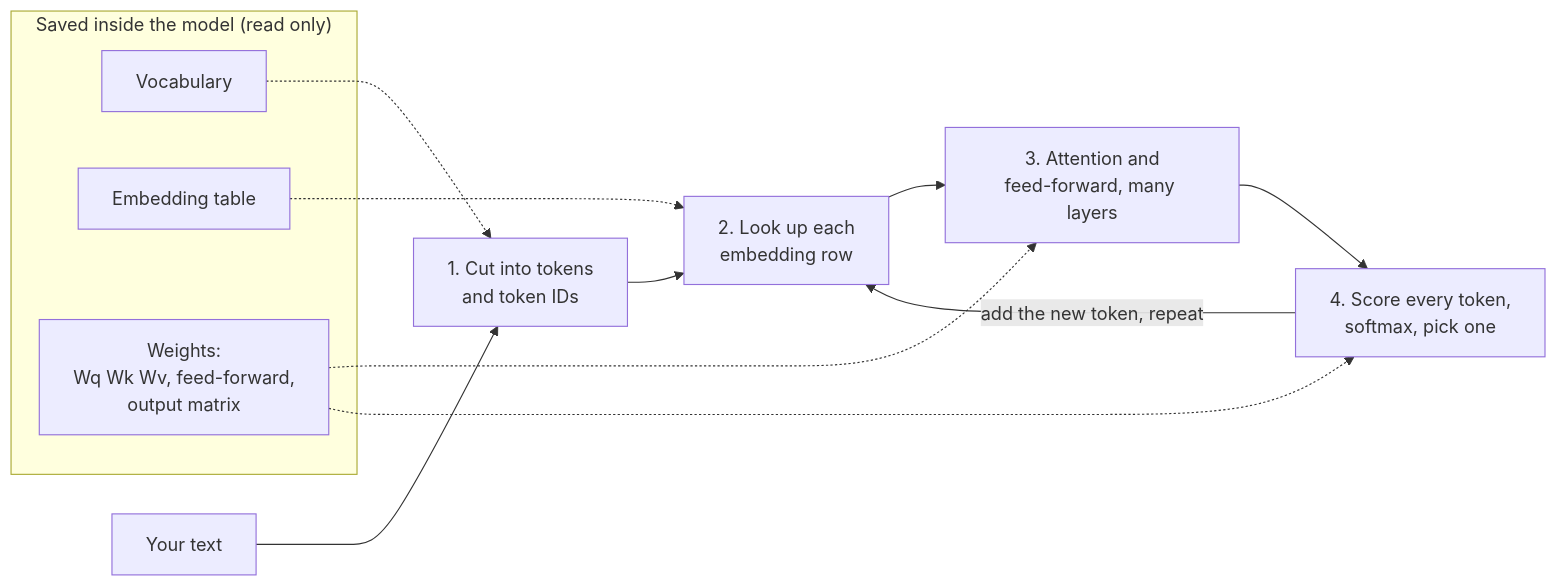
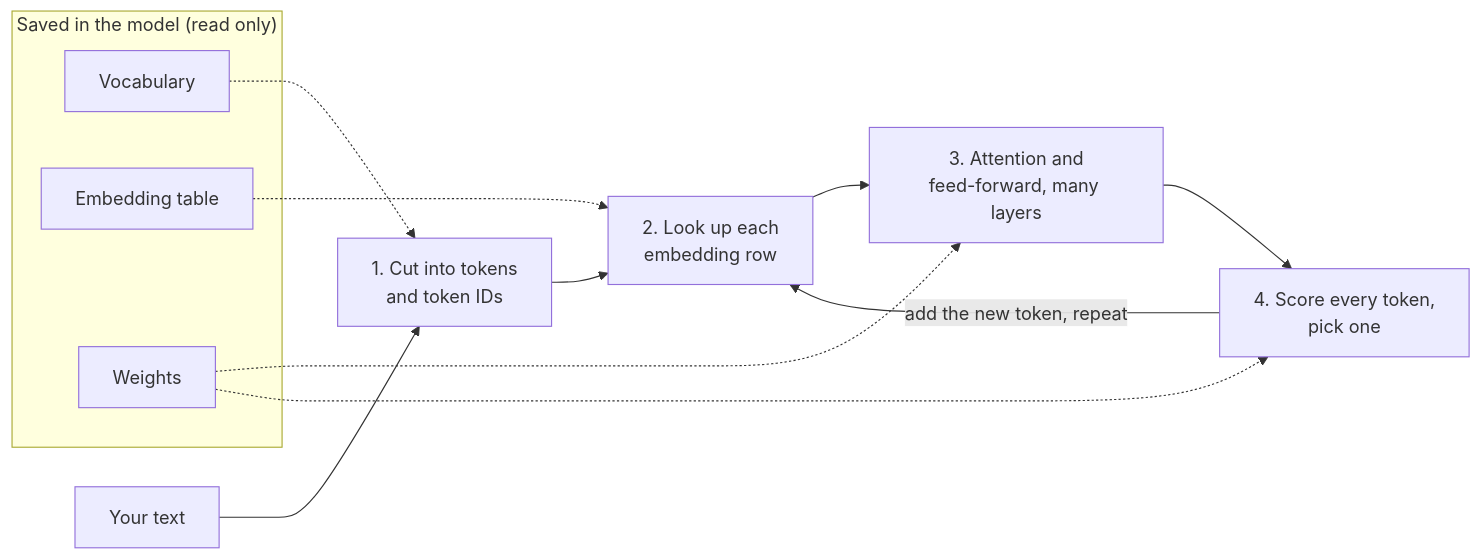
The second of 2 diagrams in 02_BuildingWithTheClaudeAPI/01-deep-dive-inside-the-model.md (nirajp82/ClaudeArchitectStudyGuide), drawn with Mermaid before and after one commit. The commit also changed other lines of this file, not shown here.

Commit message:
Rewrite the model deep dive in plain language with short sentences

````diff
--- a/02_BuildingWithTheClaudeAPI/01-deep-dive-inside-the-model.md
+++ b/02_BuildingWithTheClaudeAPI/01-deep-dive-inside-the-model.md
@@ -628,17 +656,17 @@
 ```mermaid
 flowchart LR
-    subgraph Saved["Saved inside the model (read only)"]
+    subgraph Saved["Saved in the model (read only)"]
         V[Vocabulary]
         T[Embedding table]
-        W[Weights:<br/>Wq Wk Wv, feed-forward,<br/>output matrix]
+        W[Weights]
     end
     A[Your text] --> B[1. Cut into tokens<br/>and token IDs]
     B --> C[2. Look up each<br/>embedding row]
     C --> D[3. Attention and<br/>feed-forward, many layers]
-    D --> E[4. Score every token,<br/>softmax, pick one]
+    D --> E[4. Score every token,<br/>pick one]
     E -->|add the new token, repeat| C
     V -.-> B
     T -.-> C
     W -.-> D
     W -.-> E
 ```
````
